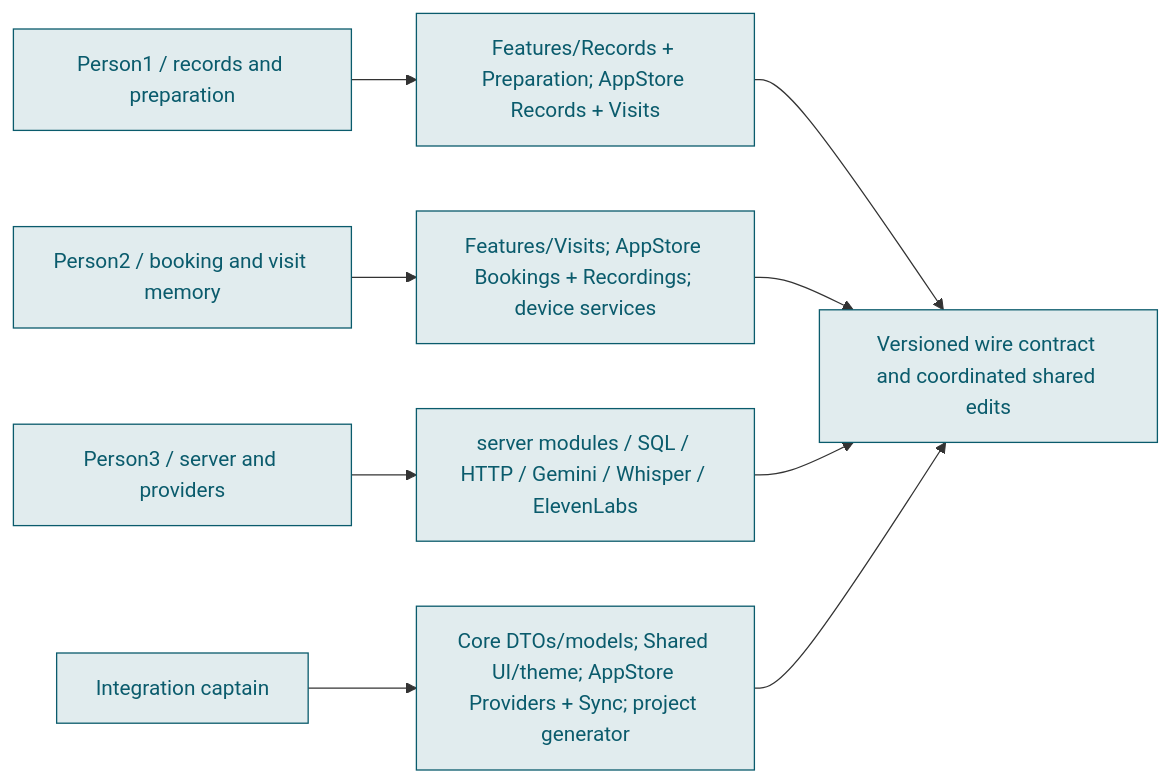
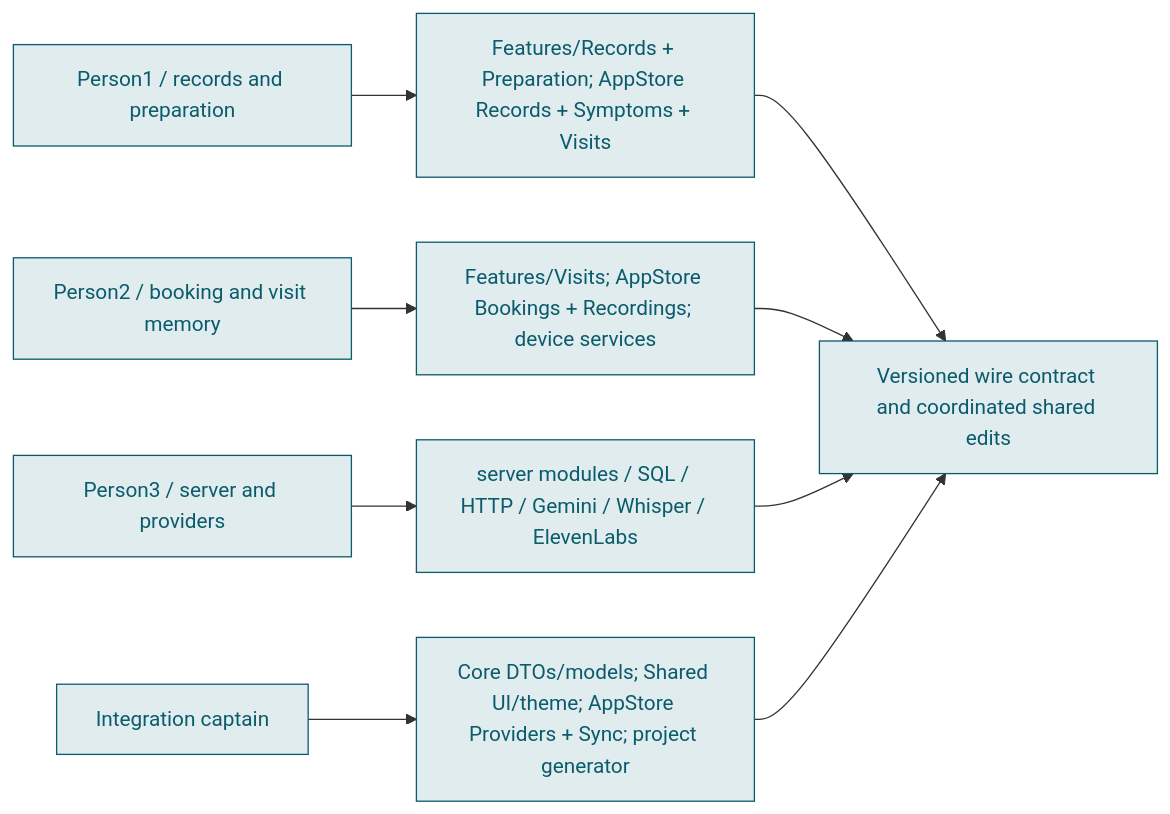
Before and after one commit to Siddiqui-R/2026_ricehackathon_medicine: the sixth of 6 diagrams in docs/architecture.md, drawn with Mermaid. The commit also changed other lines of this file and 8 other files, not shown here.

Commit message:
docs: record profile and symptom flows with updated stack diagram

````diff
--- a/docs/architecture.md
+++ b/docs/architecture.md
@@ -164,13 +189,13 @@
 ```mermaid
 flowchart LR
-    P1["Person1 / records and preparation"] --> R["Features/Records + Preparation; AppStore Records + Visits"]
+    P1["Person1 / records and preparation"] --> R["Features/Records + Preparation; AppStore Records + Symptoms + Visits"]
     P2["Person2 / booking and visit memory"] --> V["Features/Visits; AppStore Bookings + Recordings; device services"]
     P3["Person3 / server and providers"] --> S["server modules / SQL / HTTP / Gemini / Whisper / ElevenLabs"]
     CAP["Integration captain"] --> SHARED["Core DTOs/models; Shared UI/theme; AppStore Providers + Sync; project generator"]
     R --> CONTRACT["Versioned wire contract and coordinated shared edits"]
     V --> CONTRACT
     S --> CONTRACT
     SHARED --> CONTRACT
     classDef reva fill:#E1ECEE,stroke:#0A5B6C,color:#0A5B6C;
     class P1,P2,P3,R,V,S,CAP,SHARED,CONTRACT reva;
 ```
````
